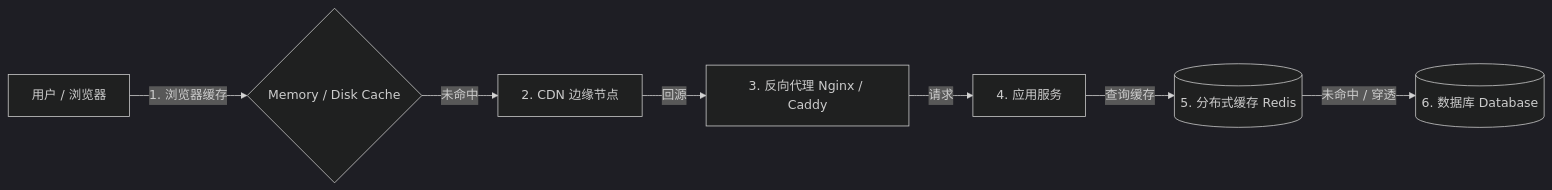
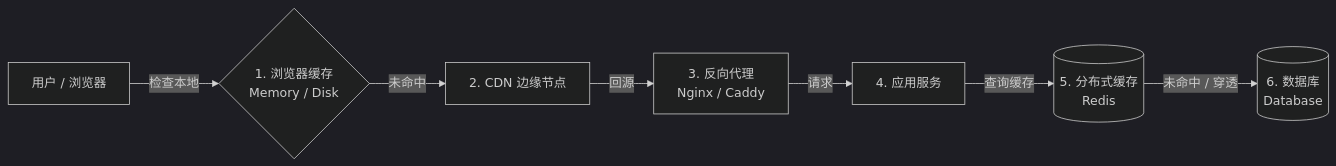
One commit to bingling-sama/Blog changed the first of 5 diagrams in blog/posts/development/web-cache.md. Above: the diagram before and after it, drawn with Mermaid (dark theme). The commit also changed other lines of this file and 4 other files, not shown here.

Commit message:
feat(components): improve mermaid reading experience

````diff
--- a/blog/posts/development/web-cache.md
+++ b/blog/posts/development/web-cache.md
@@ -30,9 +30,9 @@
 ```mermaid
 graph LR
-    User[用户 / 浏览器] -->|1. 浏览器缓存| LocalCache{Memory / Disk Cache}
-    LocalCache -->|未命中| Edge[2. CDN 边缘节点]
-    Edge -->|回源| Gateway[3. 反向代理 Nginx / Caddy]
-    Gateway -->|请求| Server[4. 应用服务]
-    Server -->|查询缓存| Redis[(5. 分布式缓存 Redis)]
-    Redis -->|未命中 / 穿透| DB[(6. 数据库 Database)]
+    User["用户 / 浏览器"] -->|检查本地| LocalCache{"1. 浏览器缓存<br/>Memory / Disk"}:::cf-accent
+    LocalCache -->|未命中| Edge["2. CDN 边缘节点"]:::cf-accent
+    Edge -->|回源| Gateway["3. 反向代理<br/>Nginx / Caddy"]:::cf-muted
+    Gateway -->|请求| Server["4. 应用服务"]
+    Server -->|查询缓存| Redis[("5. 分布式缓存<br/>Redis")]:::cf-primary
+    Redis -->|未命中 / 穿透| DB[("6. 数据库<br/>Database")]
 ```
````
